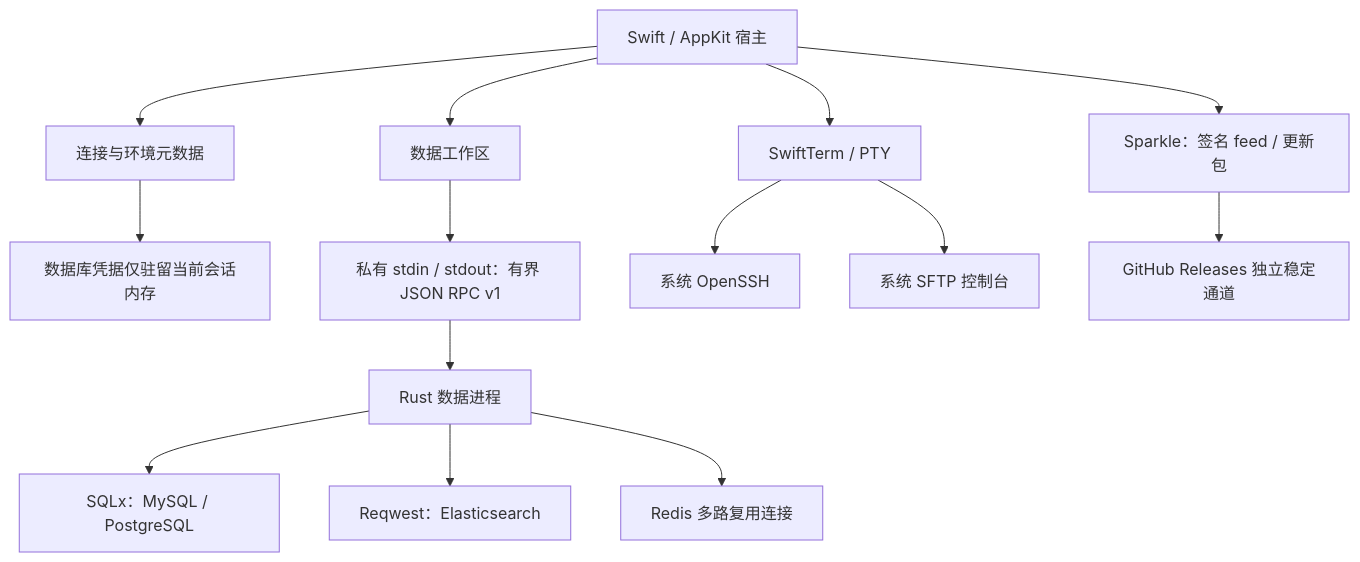
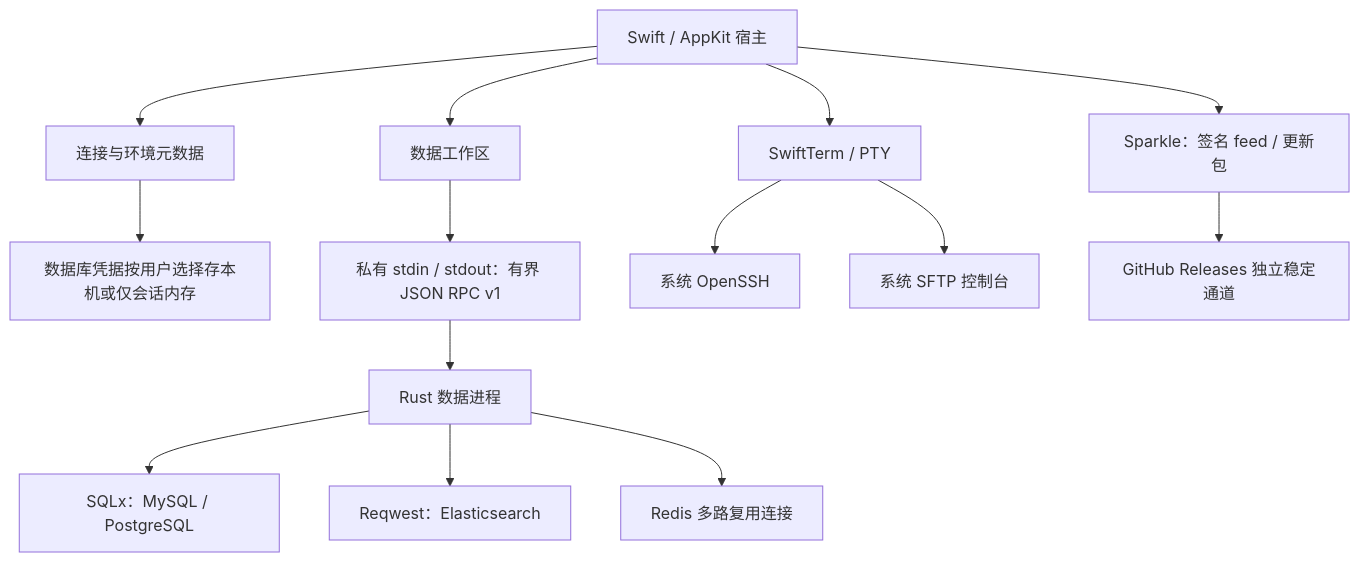
Before and after one commit to anjing-le/cs-tool-x: the diagram in docs/ARCHITECTURE.md, drawn with Mermaid. The commit also changed 29 other files, not shown here.

````diff
--- a/docs/ARCHITECTURE.md
+++ b/docs/ARCHITECTURE.md
@@ -9,16 +9,16 @@
 ```mermaid
 flowchart TB
     UI[Swift / AppKit 宿主] --> Connections[连接与环境元数据]
-    Connections --> Memory[数据库凭据仅驻留当前会话内存]
+    Connections --> Memory[数据库凭据按用户选择存本机或仅会话内存]
     UI --> Data[数据工作区]
     Data --> IPC[私有 stdin / stdout：有界 JSON RPC v1]
     IPC --> Rust[Rust 数据进程]
     Rust --> SQL[SQLx：MySQL / PostgreSQL]
     Rust --> ES[Reqwest：Elasticsearch]
     Rust --> Redis[Redis 多路复用连接]
     UI --> Terminal[SwiftTerm / PTY]
     Terminal --> SSH[系统 OpenSSH]
     Terminal --> SFTP[系统 SFTP 控制台]
     UI --> Sparkle[Sparkle：签名 feed / 更新包]
     Sparkle --> Releases[GitHub Releases 独立稳定通道]
 ```
````
